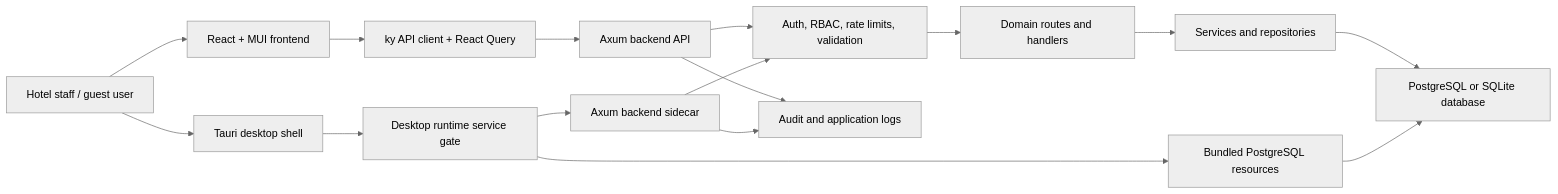
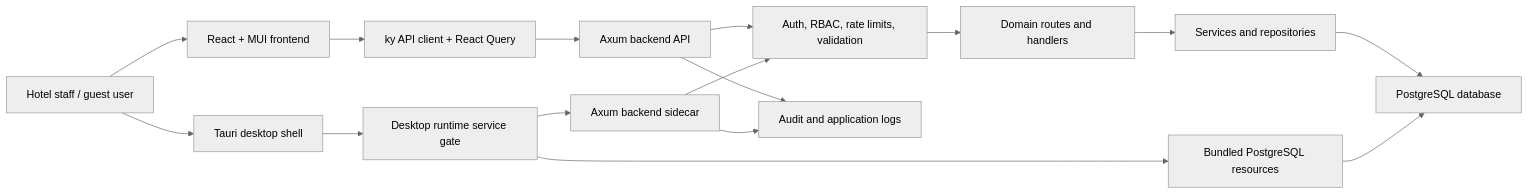
One commit to siewong007/hotel-app changed the diagram in README.md. Above: the diagram before and after it, drawn with Mermaid (neutral theme). The commit also changed other lines of this file and 127 other files, not shown here.

````diff
--- a/README.md
+++ b/README.md
@@ -76,22 +75,22 @@
 ```mermaid
 flowchart LR
     User["Hotel staff / guest user"] --> Web["React + MUI frontend"]
     User --> Desktop["Tauri desktop shell"]
 
     Desktop --> Runtime["Desktop runtime service gate"]
     Runtime --> SidecarBackend["Axum backend sidecar"]
     Runtime --> PgBundle["Bundled PostgreSQL resources"]
 
     Web --> ApiClient["ky API client + React Query"]
     ApiClient --> Backend["Axum backend API"]
 
     Backend --> Auth["Auth, RBAC, rate limits, validation"]
     SidecarBackend --> Auth
     Auth --> Routes["Domain routes and handlers"]
     Routes --> Services["Services and repositories"]
-    Services --> Db["PostgreSQL or SQLite database"]
+    Services --> Db["PostgreSQL database"]
     PgBundle --> Db
 
     Backend --> Logs["Audit and application logs"]
     SidecarBackend --> Logs
 ```
````
